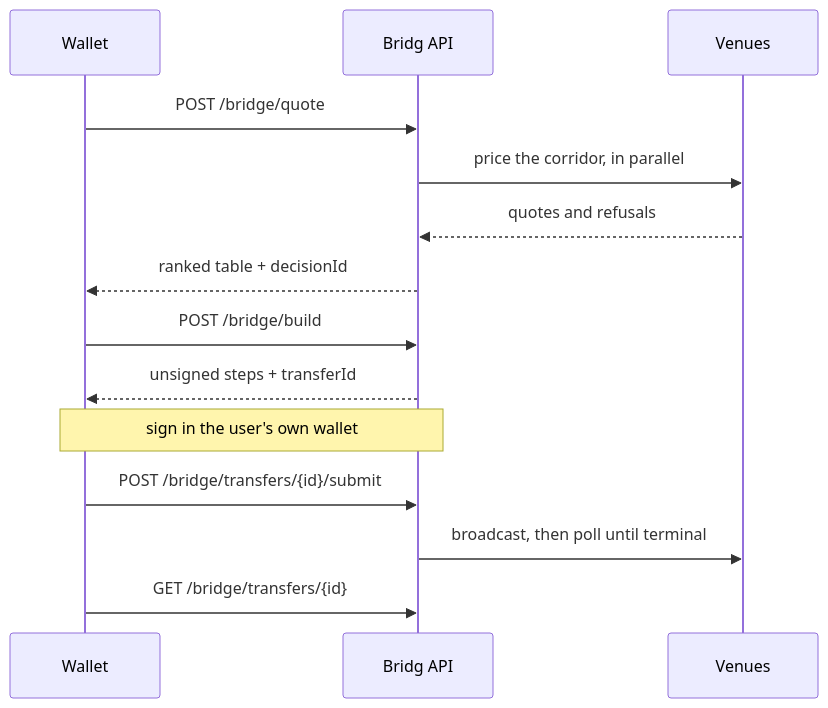
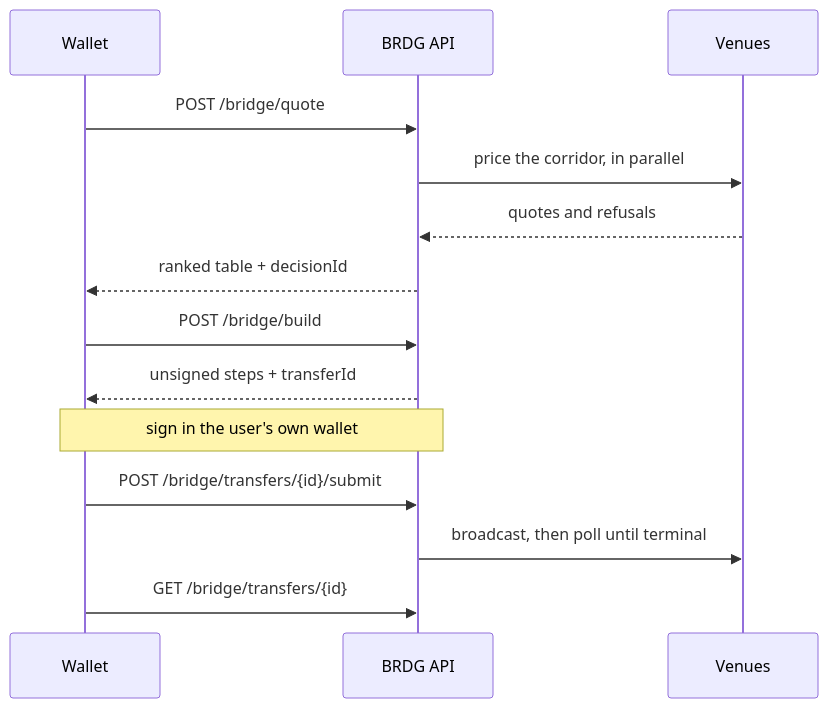
One commit to Kernlog/brdg-docs changed the diagram in how-it-works.mdx. Above: the diagram before and after it, drawn with Mermaid. The commit also changed other lines of this file and 25 other files, not shown here.

Commit message:
docs(brand): rename Bridg to BRDG and move to brdg.now

````diff
--- a/how-it-works.mdx
+++ b/how-it-works.mdx
@@ -6,16 +6,16 @@
 ```mermaid
 sequenceDiagram
     participant W as Wallet
-    participant B as Bridg API
+    participant B as BRDG API
     participant V as Venues
     W->>B: POST /bridge/quote
     B->>V: price the corridor, in parallel
     V-->>B: quotes and refusals
     B-->>W: ranked table + decisionId
     W->>B: POST /bridge/build
     B-->>W: unsigned steps + transferId
     Note over W,B: sign in the user's own wallet
     W->>B: POST /bridge/transfers/{id}/submit
     B->>V: broadcast, then poll until terminal
     W->>B: GET /bridge/transfers/{id}
 ```
````
